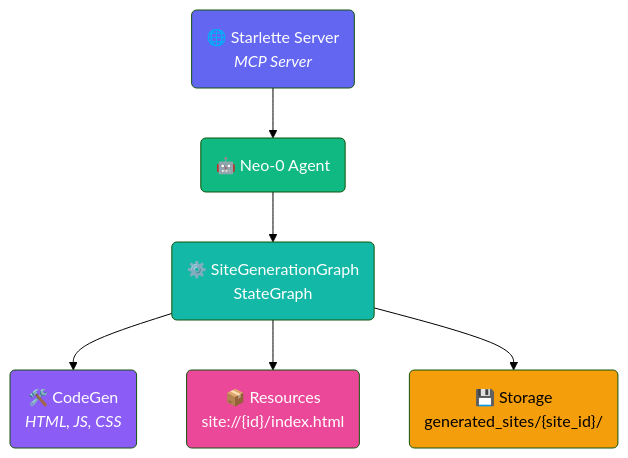
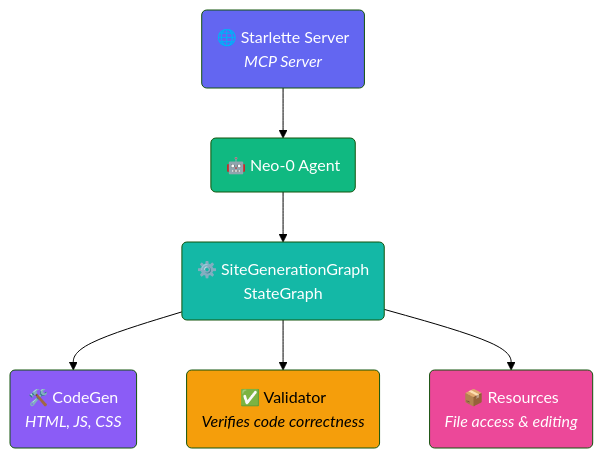
One commit to UyLeQuoc/neo-spoon-vibe-coding-app changed the diagram in docs/agent-architecture-overview.md. Above: the diagram before and after it, drawn with Mermaid (forest theme). The commit also changed other lines of this file, not shown here.

````diff
--- a/docs/agent-architecture-overview.md
+++ b/docs/agent-architecture-overview.md
@@ -5,23 +5,23 @@
 ```mermaid
 graph TB
     WebServer("🌐 Starlette Server<br/><i>MCP Server</i>")
     Agents("🤖 Neo-0 Agent")
-    Resources("📦 Resources<br/>site://{id}/index.html")
+    Resources("📦 Resources<br/><i>File access & editing</i>")
     CodeGen("🛠️ CodeGen<br/><i>HTML, JS, CSS</i>")
-    Storage("💾 Storage<br/>generated_sites/{site_id}/")
+    Validator("✅ Validator<br/><i>Verifies code correctness</i>")
     SiteGenerationGraph("⚙️ SiteGenerationGraph<br/>StateGraph")
 
     %% Connections
     WebServer --> Agents
     Agents --> SiteGenerationGraph
     SiteGenerationGraph --> CodeGen
+    SiteGenerationGraph --> Validator
     SiteGenerationGraph --> Resources
-    SiteGenerationGraph --> Storage
 
     style WebServer fill:#6366F1,color:#fff
     style CodeGen fill:#8B5CF6,color:#fff
     style Resources fill:#EC4899,color:#fff
     style Agents fill:#10B981,color:#fff
-    style Storage fill:#F59E0B,color:#000
+    style Validator fill:#F59E0B,color:#000
     style SiteGenerationGraph fill:#14B8A6,color:#fff
 ```
````
